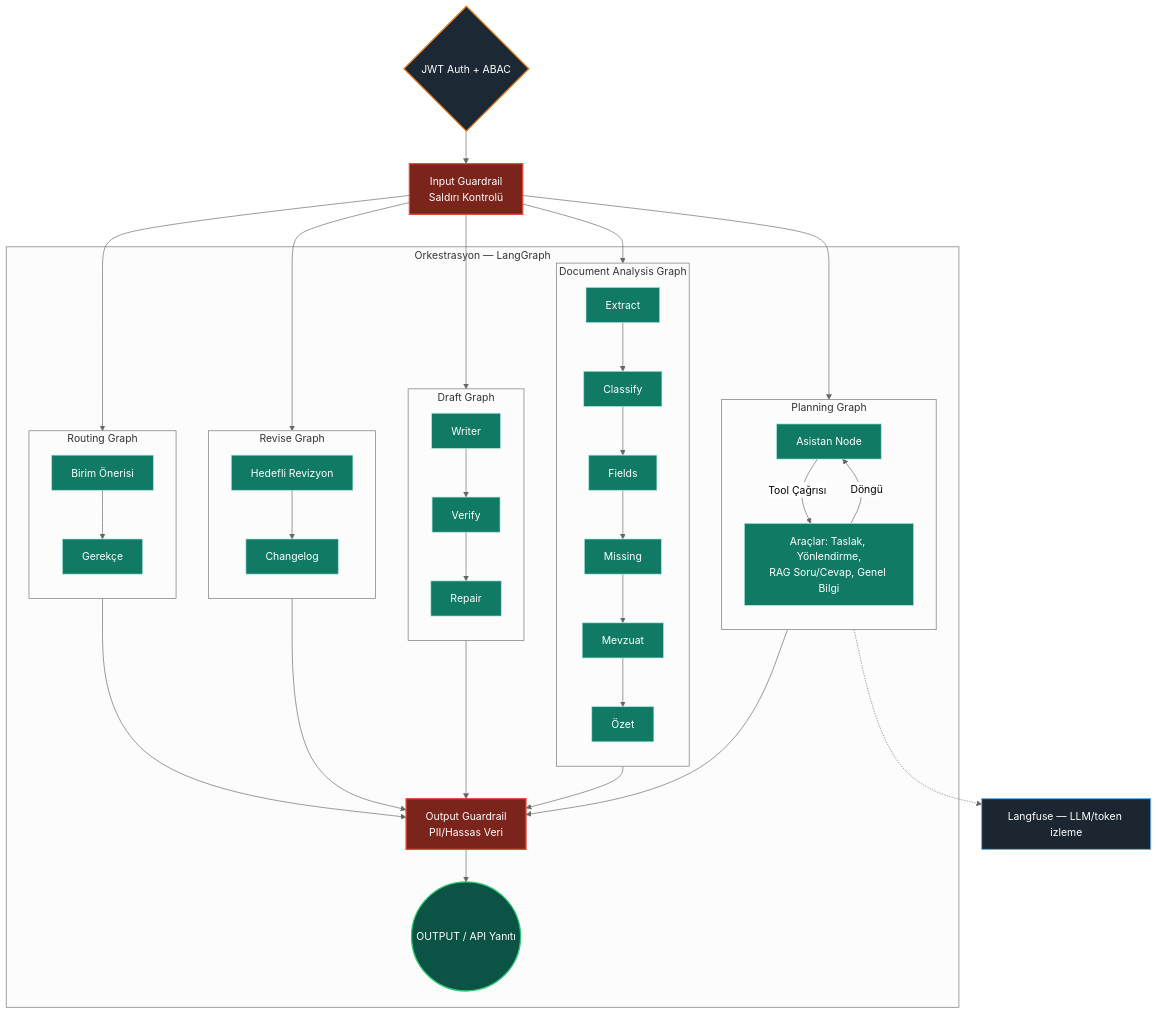
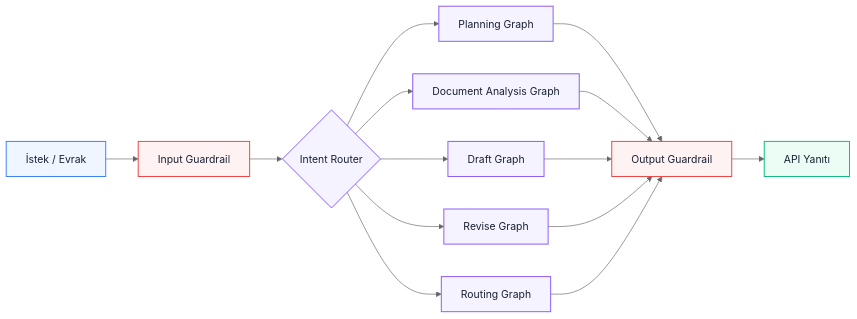
One commit to chyp3r/KACHOW-Teknofest-2026 changed the third of 9 diagrams in README.md. Above: the diagram before and after it, drawn with Mermaid (neutral theme). The commit also changed other lines of this file, not shown here.

Commit message:
update(readme): update the readme with better descriptions and diagrams

````diff
--- a/README.md
+++ b/README.md
@@ -195,64 +264,35 @@
 ```mermaid
-flowchart TD
-    classDef api fill:#1c2833,stroke:#e67e22,stroke-width:2px,color:#fff;
-    classDef orch fill:#0b5345,stroke:#2ecc71,stroke-width:2px,color:#fff;
-    classDef subnode fill:#117a65,stroke:#a3e4d7,stroke-width:1px,color:#fff;
-    classDef obs fill:#1b2631,stroke:#5dade2,stroke-width:1.5px,color:#fff;
-    classDef guard fill:#7b241c,stroke:#e74c3c,stroke-width:2px,color:#fff;
+flowchart LR
+    classDef api fill:#EFF6FF,stroke:#3B82F6,stroke-width:1.5px,color:#172033;
+    classDef ai fill:#F5F3FF,stroke:#8B5CF6,stroke-width:1.5px,color:#172033;
+    classDef safe fill:#FEF2F2,stroke:#EF4444,stroke-width:1.5px,color:#172033;
+    classDef out fill:#ECFDF5,stroke:#10B981,stroke-width:1.5px,color:#172033;
 
-    C{JWT Auth + ABAC}:::api --> IN_GUARD[Input Guardrail<br/>Saldırı Kontrolü]:::guard
+    IN[İstek / Evrak]:::api
+    GUARD[Input Guardrail]:::safe
+    ROUTER{Intent Router}:::ai
 
-    IN_GUARD --> P
-    IN_GUARD --> DA
-    IN_GUARD --> DR
-    IN_GUARD --> RV
-    IN_GUARD --> RT
+    PLAN[Planning Graph]:::ai
+    ANALYZE[Document Analysis Graph]:::ai
+    DRAFT[Draft Graph]:::ai
+    REVISE[Revise Graph]:::ai
+    ROUTING[Routing Graph]:::ai
 
-    subgraph Orkestrasyon["Orkestrasyon — LangGraph"]
-        
-        subgraph P ["Planning Graph"]
-            direction TB
-            p1[Asistan Node]:::subnode -->|Tool Çağrısı| p2[Araçlar: Taslak, Yönlendirme,<br/>RAG Soru/Cevap, Genel Bilgi]:::subnode
-            p2 -->|Döngü| p1
-        end
-        
-        subgraph DA ["Document Analysis Graph"]
-            direction TB
-            da1[Extract]:::subnode --> da2[Classify]:::subnode
-            da2 --> da3[Fields]:::subnode
-            da3 --> da4[Missing]:::subnode
-            da4 --> da5[Mevzuat]:::subnode
-            da5 --> da6[Özet]:::subnode
-        end
+    OUT[Output Guardrail]:::safe
+    RESULT[API Yanıtı]:::out
 
-        subgraph DR ["Draft Graph"]
-            direction TB
-            dr1[Writer]:::subnode --> dr2[Verify]:::subnode
-            dr2 --> dr3[Repair]:::subnode
-        end
+    IN --> GUARD --> ROUTER
+    ROUTER --> PLAN
+    ROUTER --> ANALYZE
+    ROUTER --> DRAFT
+    ROUTER --> REVISE
+    ROUTER --> ROUTING
 
-        subgraph RV ["Revise Graph"]
-            direction TB
-            rv1[Hedefli Revizyon]:::subnode --> rv2[Changelog]:::subnode
-        end
+    PLAN --> OUT
+    ANALYZE --> OUT
+    DRAFT --> OUT
+    REVISE --> OUT
+    ROUTING --> OUT
 
-        subgraph RT ["Routing Graph"]
-            direction TB
-            rt1[Birim Önerisi]:::subnode --> rt2[Gerekçe]:::subnode
-        end
-        
-        OUT_GUARD[Output Guardrail<br/>PII/Hassas Veri]:::guard
-        O_FINAL((OUTPUT / API Yanıtı)):::orch
-        
-        P --> OUT_GUARD
-        DA --> OUT_GUARD
-        DR --> OUT_GUARD
-        RV --> OUT_GUARD
-        RT --> OUT_GUARD
-        
-        OUT_GUARD --> O_FINAL
-    end
-    
-    O1[Langfuse — LLM/token izleme]:::obs
-    P -.-> O1
+    OUT --> RESULT
 ```
````
